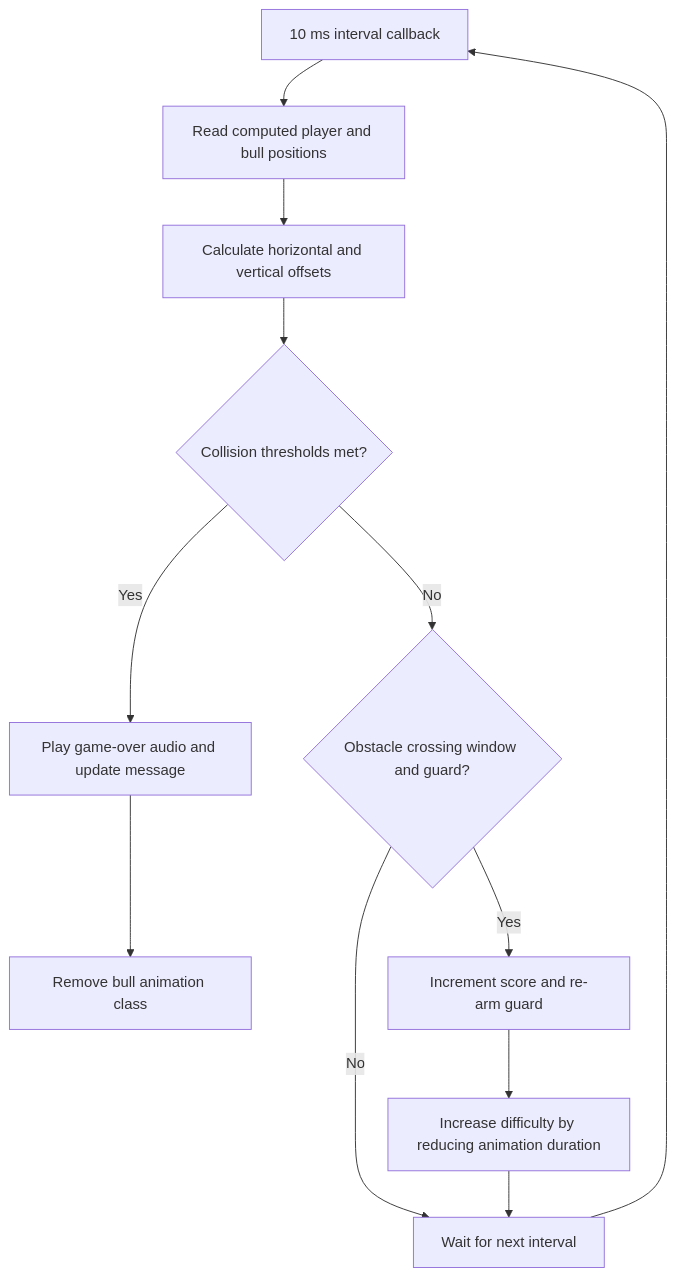
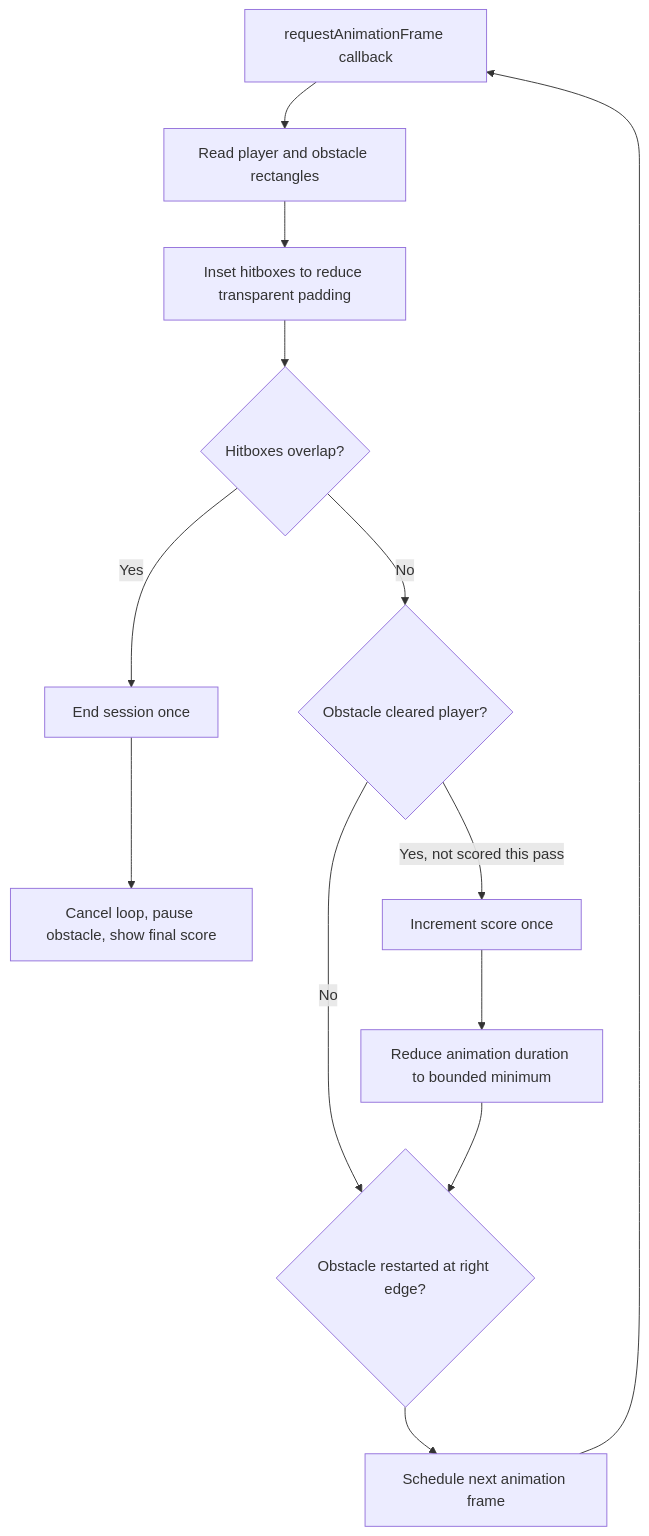
The diagram in docs/diagrams/collision-score.mmd (Brajesh31/Chota-Bheem-Adventure-game), drawn with Mermaid before and after one commit.

Commit message:
docs: refresh docs/diagrams/collision-score.mmd

```diff
--- a/docs/diagrams/collision-score.mmd
+++ b/docs/diagrams/collision-score.mmd
@@ -1,12 +1,13 @@
 flowchart TD
-  A[10 ms interval callback] --> B[Read computed player and bull positions]
-  B --> C[Calculate horizontal and vertical offsets]
-  C --> D{Collision thresholds met?}
-  D -->|Yes| E[Play game-over audio and update message]
-  E --> F[Remove bull animation class]
-  D -->|No| G{Obstacle crossing window and guard?}
-  G -->|Yes| H[Increment score and re-arm guard]
-  H --> I[Increase difficulty by reducing animation duration]
-  G -->|No| J[Wait for next interval]
+  A[requestAnimationFrame callback] --> B[Read player and obstacle rectangles]
+  B --> C[Inset hitboxes to reduce transparent padding]
+  C --> D{Hitboxes overlap?}
+  D -->|Yes| E[End session once]
+  E --> F[Cancel loop, pause obstacle, show final score]
+  D -->|No| G{Obstacle cleared player?}
+  G -->|Yes, not scored this pass| H[Increment score once]
+  H --> I[Reduce animation duration to bounded minimum]
+  G -->|No| J{Obstacle restarted at right edge?}
   I --> J
-  J --> A
+  J --> K[Schedule next animation frame]
+  K --> A
```
